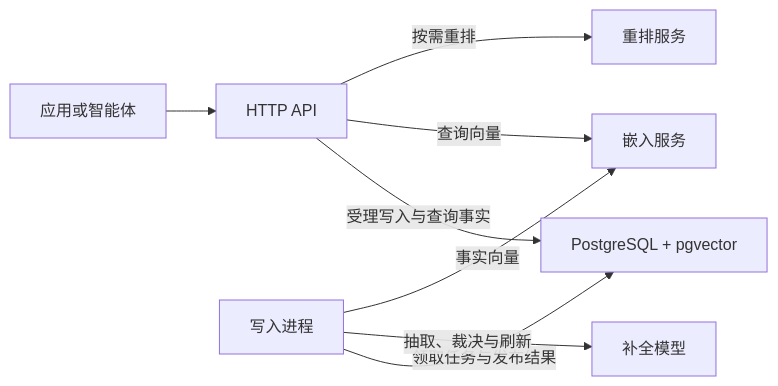
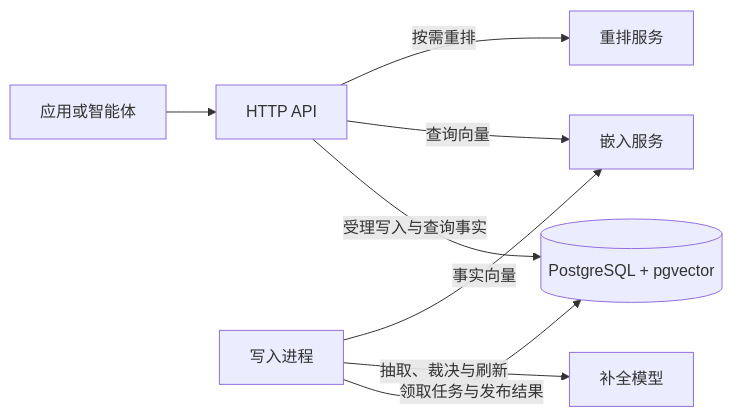
Before and after one commit to NotZhu/MnemoTrace: the diagram in docs/architecture/memory.md, drawn with Mermaid. The commit also changed other lines of this file and 2 other files, not shown here.

````diff
--- a/docs/architecture/memory.md
+++ b/docs/architecture/memory.md
@@ -9,10 +9,10 @@
 ```mermaid
 flowchart LR
     App["应用或智能体"] --> API["HTTP API"]
-    API -->|"受理写入与查询事实"| DB["PostgreSQL + pgvector"]
+    API -->|"受理写入与查询事实"| DB[("PostgreSQL + pgvector")]
     Worker["写入进程"] -->|"领取任务与发布结果"| DB
     Worker -->|"抽取、裁决与刷新"| LLM["补全模型"]
     Worker -->|"事实向量"| Embed["嵌入服务"]
     API -->|"查询向量"| Embed
     API -->|"按需重排"| Rank["重排服务"]
 ```
````
